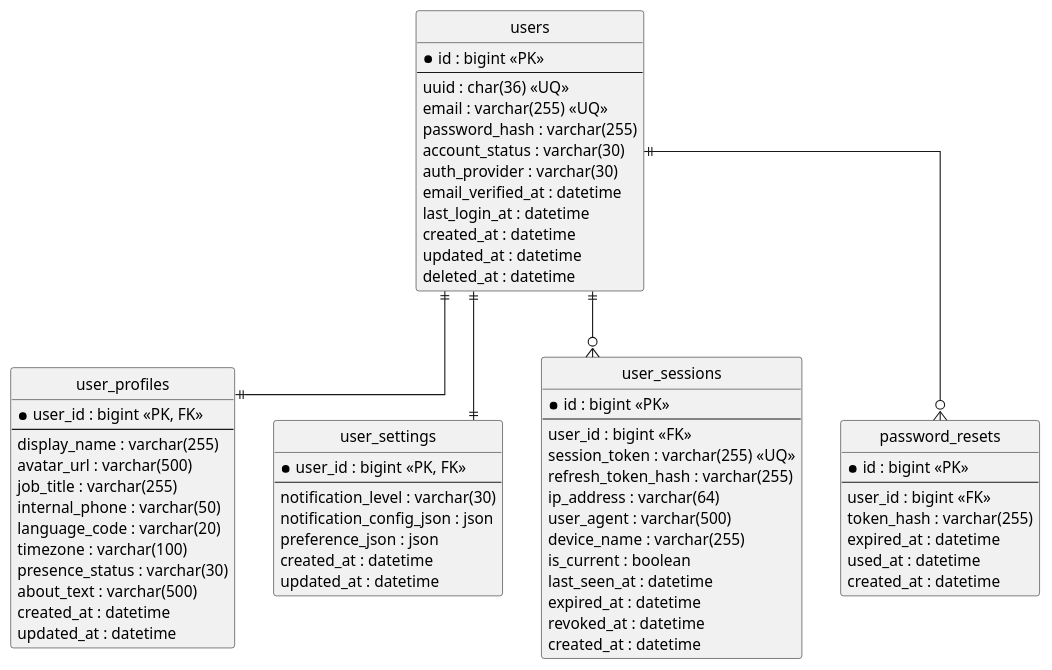
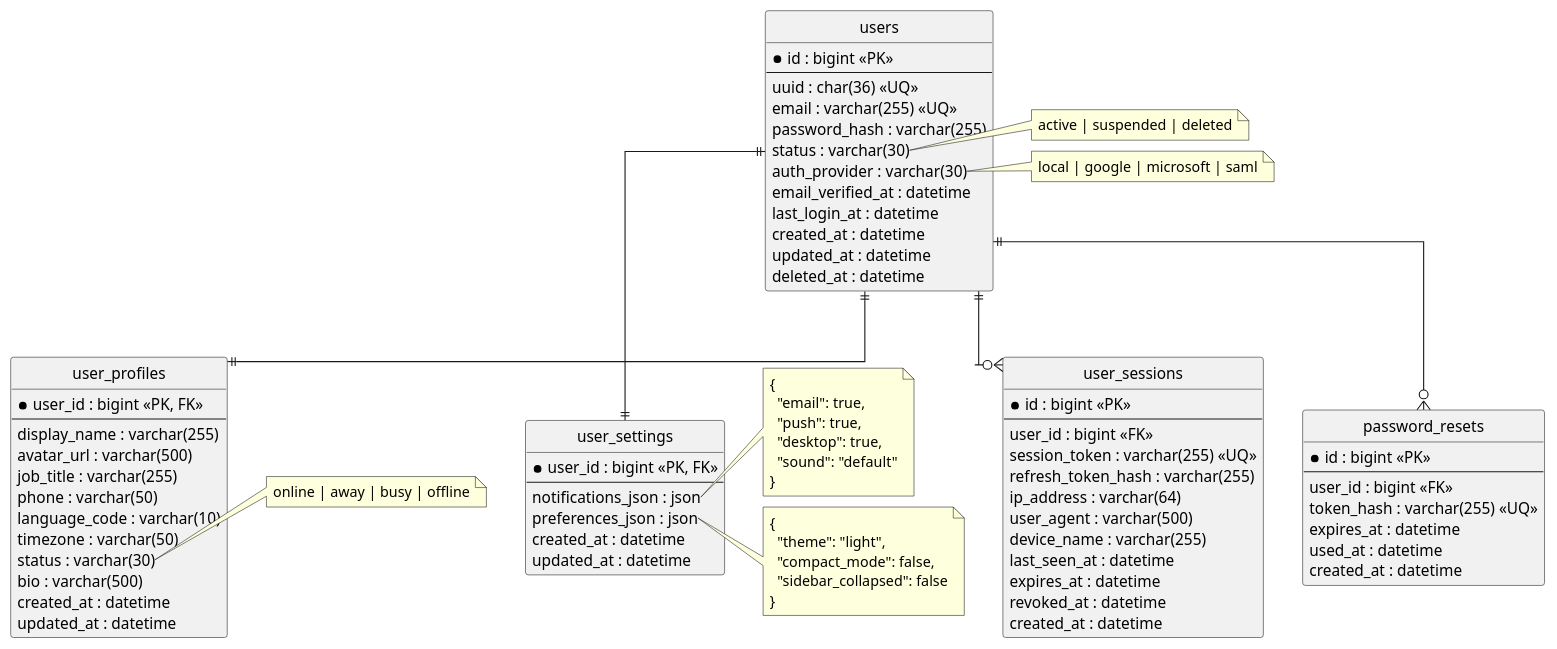
Before and after one commit to NFMU/app-design: the diagram in phase1/database/01_indentity_and_personal.puml, drawn with PlantUML. The commit also changed 9 other files, not shown here.

First line of the commit message:
Refactor database schema for simplified design and improved consistency

```diff
--- a/phase1/database/01_indentity_and_personal.puml
+++ b/phase1/database/01_indentity_and_personal.puml
@@ -1,75 +1,102 @@
 @startuml
 hide circle
 skinparam linetype ortho
 
 entity users {
   * id : bigint <<PK>>
   --
   uuid : char(36) <<UQ>>
   email : varchar(255) <<UQ>>
   password_hash : varchar(255)
-  account_status : varchar(30)
+  status : varchar(30)
   auth_provider : varchar(30)
   email_verified_at : datetime
   last_login_at : datetime
   created_at : datetime
   updated_at : datetime
   deleted_at : datetime
 }
 
+note right of users::status
+  active | suspended | deleted
+end note
+
+note right of users::auth_provider
+  local | google | microsoft | saml
+end note
+
 entity user_profiles {
   * user_id : bigint <<PK, FK>>
   --
   display_name : varchar(255)
   avatar_url : varchar(500)
   job_title : varchar(255)
-  internal_phone : varchar(50)
-  language_code : varchar(20)
-  timezone : varchar(100)
-  presence_status : varchar(30)
-  about_text : varchar(500)
+  phone : varchar(50)
+  language_code : varchar(10)
+  timezone : varchar(50)
+  status : varchar(30)
+  bio : varchar(500)
   created_at : datetime
   updated_at : datetime
 }
 
+note right of user_profiles::status
+  online | away | busy | offline
+end note
+
 entity user_settings {
   * user_id : bigint <<PK, FK>>
   --
-  notification_level : varchar(30)
-  notification_config_json : json
-  preference_json : json
+  notifications_json : json
+  preferences_json : json
   created_at : datetime
   updated_at : datetime
 }
+
+note right of user_settings::notifications_json
+  {
+    "email": true,
+    "push": true,
+    "desktop": true,
+    "sound": "default"
+  }
+end note
+
+note right of user_settings::preferences_json
+  {
+    "theme": "light",
+    "compact_mode": false,
+    "sidebar_collapsed": false
+  }
+end note
 
 entity user_sessions {
   * id : bigint <<PK>>
   --
   user_id : bigint <<FK>>
   session_token : varchar(255) <<UQ>>
   refresh_token_hash : varchar(255)
   ip_address : varchar(64)
   user_agent : varchar(500)
   device_name : varchar(255)
-  is_current : boolean
   last_seen_at : datetime
-  expired_at : datetime
+  expires_at : datetime
   revoked_at : datetime
   created_at : datetime
 }
 
 entity password_resets {
   * id : bigint <<PK>>
   --
   user_id : bigint <<FK>>
-  token_hash : varchar(255)
-  expired_at : datetime
+  token_hash : varchar(255) <<UQ>>
+  expires_at : datetime
   used_at : datetime
   created_at : datetime
 }
 
 users ||--|| user_profiles
 users ||--|| user_settings
 users ||--o{ user_sessions
 users ||--o{ password_resets
 @enduml
```
